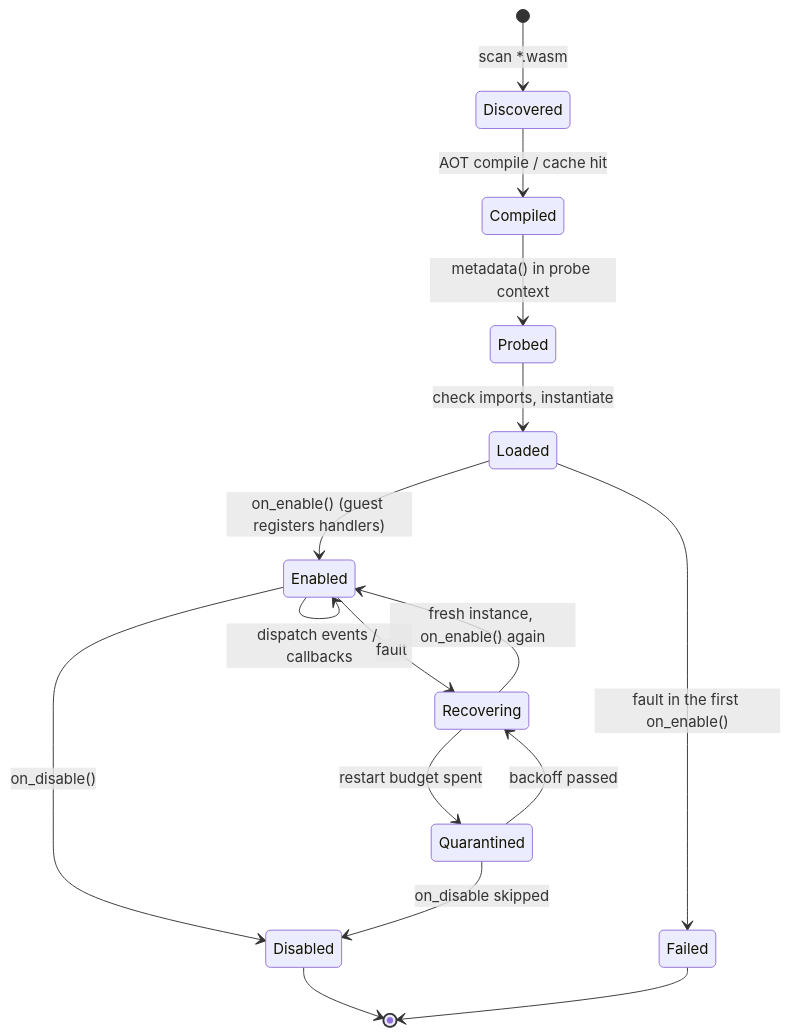
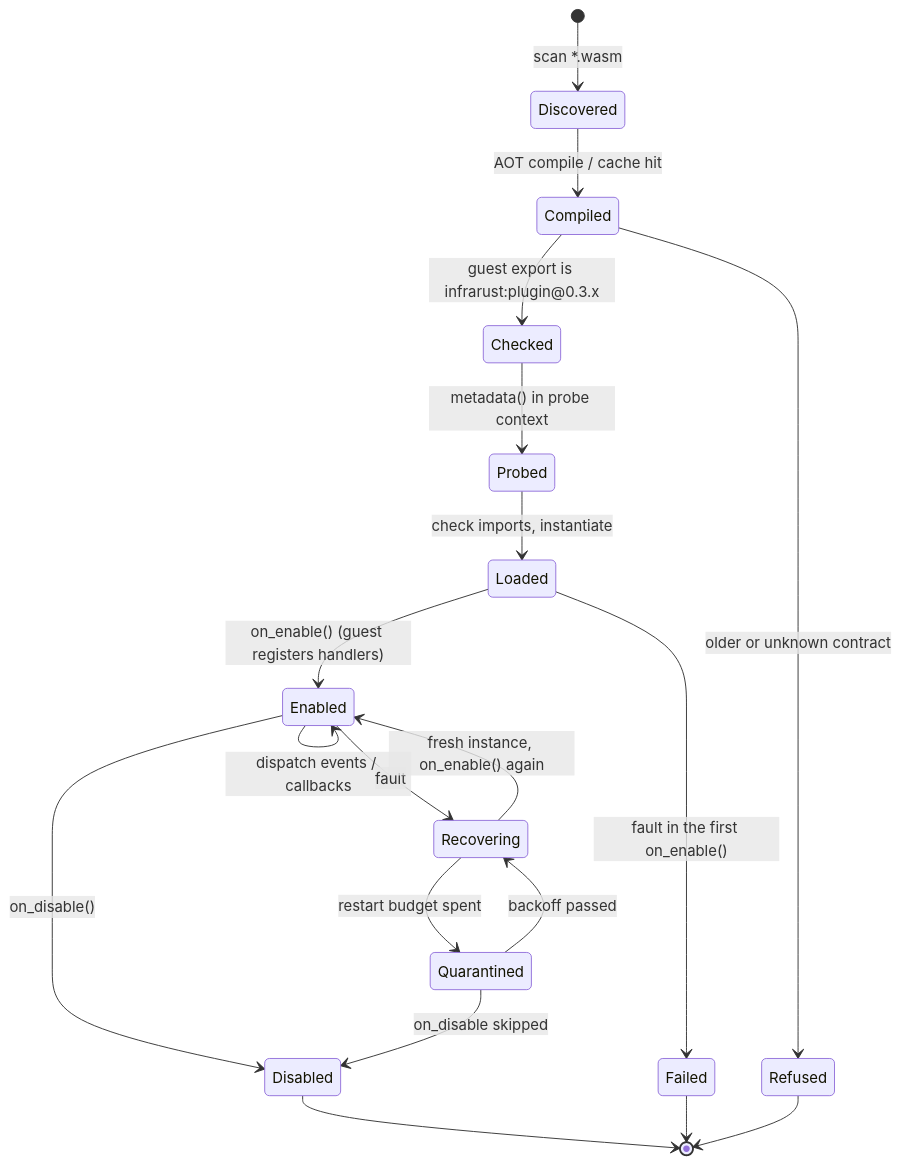
The first of 2 diagrams in docs/v2/plugins/wasm/lifecycle.md (Shadowner/Infrarust), drawn with Mermaid before and after one commit. The commit also changed other lines of this file and 132 other files, not shown here.

````diff
--- a/docs/v2/plugins/wasm/lifecycle.md
+++ b/docs/v2/plugins/wasm/lifecycle.md
@@ -13,18 +13,21 @@
 ```mermaid
 stateDiagram-v2
     [*] --> Discovered: scan *.wasm
     Discovered --> Compiled: AOT compile / cache hit
-    Compiled --> Probed: metadata() in probe context
+    Compiled --> Checked: guest export is infrarust:plugin@0.3.x
+    Compiled --> Refused: older or unknown contract
+    Checked --> Probed: metadata() in probe context
     Probed --> Loaded: check imports, instantiate
     Loaded --> Enabled: on_enable() (guest registers handlers)
     Enabled --> Enabled: dispatch events / callbacks
     Enabled --> Disabled: on_disable()
     Enabled --> Recovering: fault
     Recovering --> Enabled: fresh instance, on_enable() again
     Recovering --> Quarantined: restart budget spent
     Quarantined --> Recovering: backoff passed
     Quarantined --> Disabled: on_disable skipped
     Loaded --> Failed: fault in the first on_enable()
     Disabled --> [*]
     Failed --> [*]
+    Refused --> [*]
 ```
````
